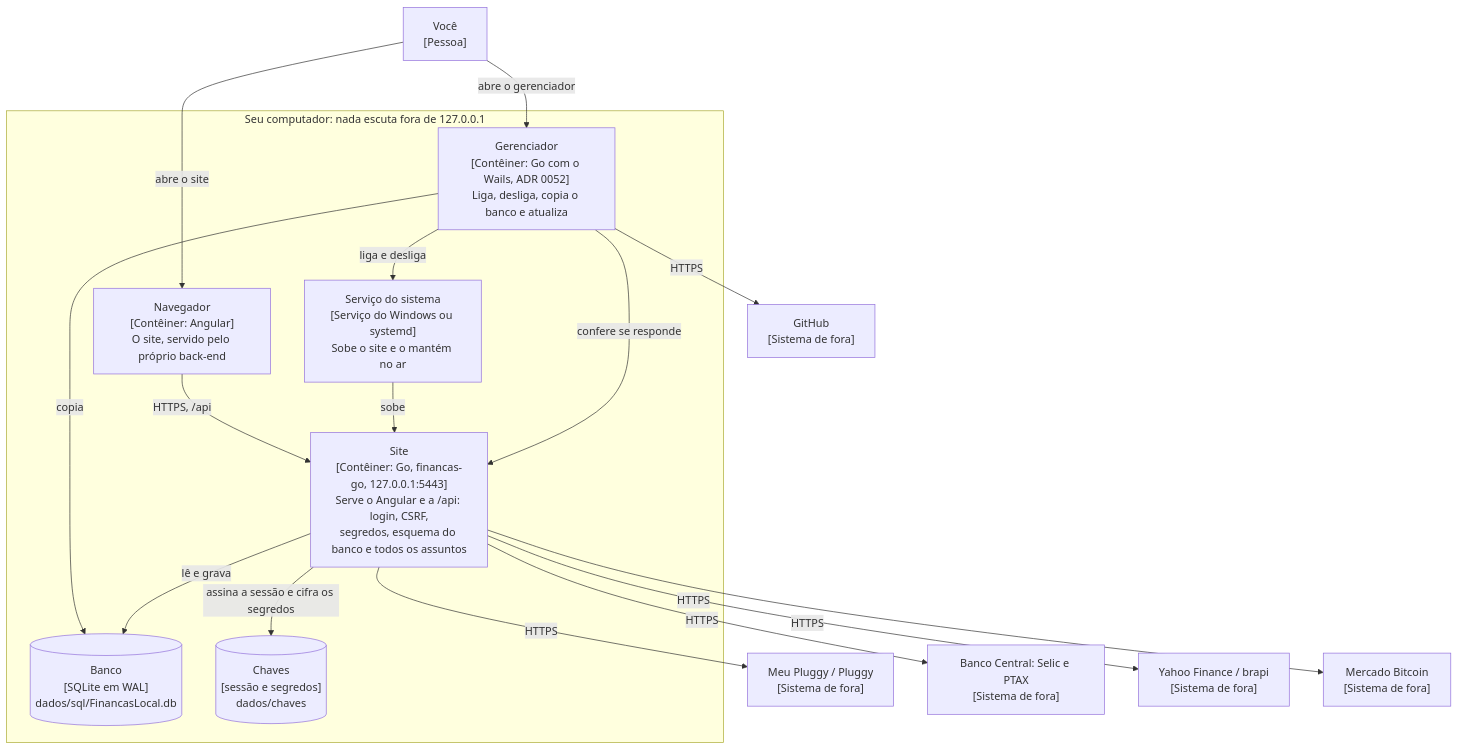
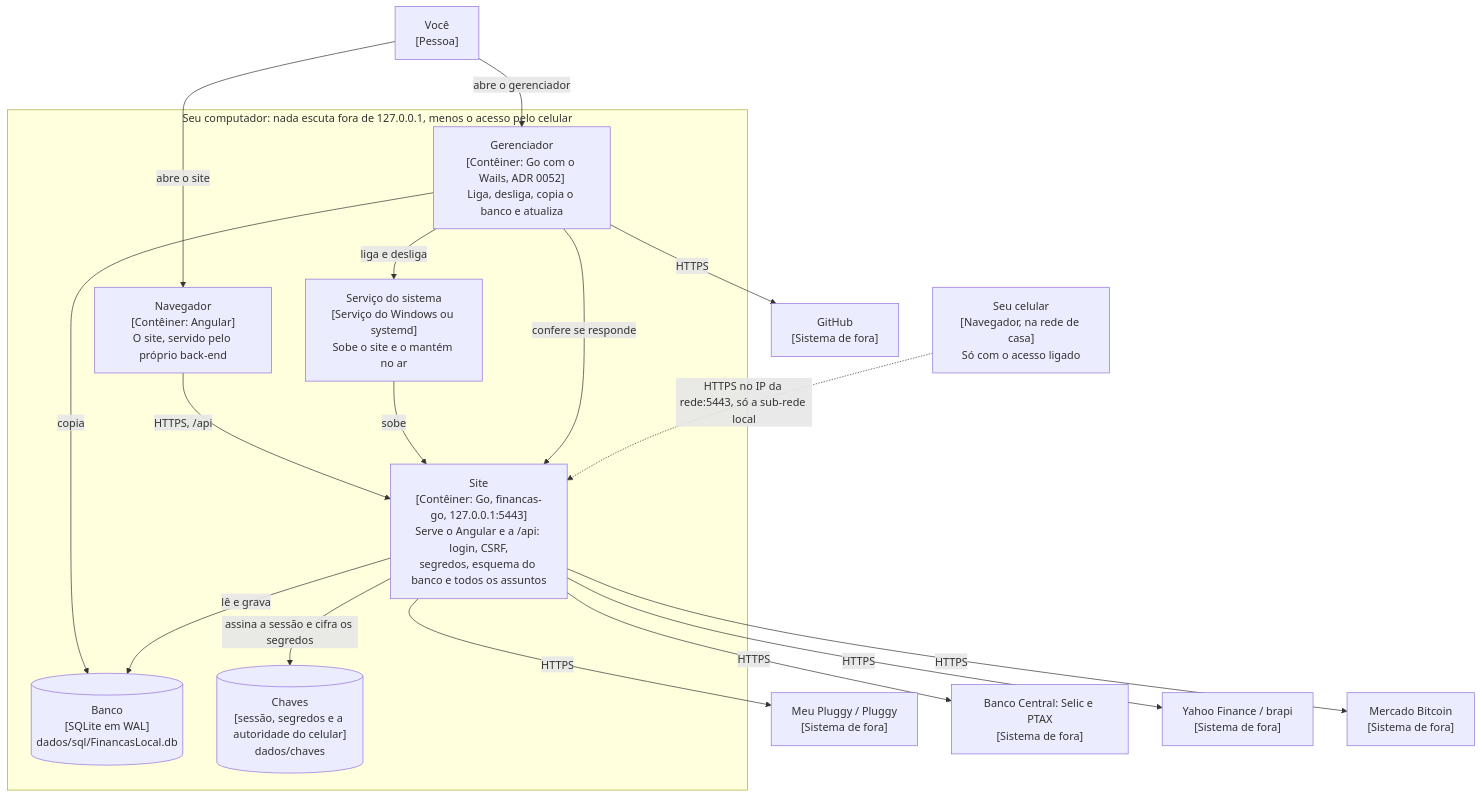
The second of 6 diagrams in docs/ARQUITETURA.md (LucasDesenvGit/financas-local), drawn with Mermaid before and after one commit. The commit also changed other lines of this file and 45 other files, not shown here.

First line of the commit message:
feat(api): acesso pelo celular na rede de casa, desligado por padrão (#328)

````diff
--- a/docs/ARQUITETURA.md
+++ b/docs/ARQUITETURA.md
@@ -33,34 +35,37 @@
 ```mermaid
 flowchart TB
     pessoa["Você<br/>[Pessoa]"]
 
-    subgraph computador["Seu computador: nada escuta fora de 127.0.0.1"]
+    subgraph computador["Seu computador: nada escuta fora de 127.0.0.1, menos o acesso pelo celular"]
         navegador["Navegador<br/>[Contêiner: Angular]<br/>O site, servido pelo próprio back-end"]
         servico["Serviço do sistema<br/>[Serviço do Windows ou systemd]<br/>Sobe o site e o mantém no ar"]
         gerenciador["Gerenciador<br/>[Contêiner: Go com o Wails, ADR 0052]<br/>Liga, desliga, copia o banco e atualiza"]
         site["Site<br/>[Contêiner: Go, financas-go, 127.0.0.1:5443]<br/>Serve o Angular e a /api: login, CSRF,<br/>segredos, esquema do banco e todos os assuntos"]
         banco[("Banco<br/>[SQLite em WAL]<br/>dados/sql/FinancasLocal.db")]
-        chaves[("Chaves<br/>[sessão e segredos]<br/>dados/chaves")]
+        chaves[("Chaves<br/>[sessão, segredos e a autoridade do celular]<br/>dados/chaves")]
     end
+
+    celular["Seu celular<br/>[Navegador, na rede de casa]<br/>Só com o acesso ligado"]
 
     pluggy["Meu Pluggy / Pluggy<br/>[Sistema de fora]"]
     bcb["Banco Central: Selic e PTAX<br/>[Sistema de fora]"]
     cotacoes["Yahoo Finance / brapi<br/>[Sistema de fora]"]
     mercado["Mercado Bitcoin<br/>[Sistema de fora]"]
     github["GitHub<br/>[Sistema de fora]"]
 
     pessoa -- "abre o site" --> navegador
     pessoa -- "abre o gerenciador" --> gerenciador
     navegador -- "HTTPS, /api" --> site
     servico -- "sobe" --> site
     gerenciador -- "liga e desliga" --> servico
     gerenciador -- "confere se responde" --> site
     gerenciador -- "copia" --> banco
     site -- "lê e grava" --> banco
     site -- "assina a sessão e cifra os segredos" --> chaves
     site -- "HTTPS" --> pluggy
     site -- "HTTPS" --> bcb
     site -- "HTTPS" --> cotacoes
     site -- "HTTPS" --> mercado
     gerenciador -- "HTTPS" --> github
+    celular -.->|"HTTPS no IP da rede:5443, só a sub-rede local"| site
 ```
````
